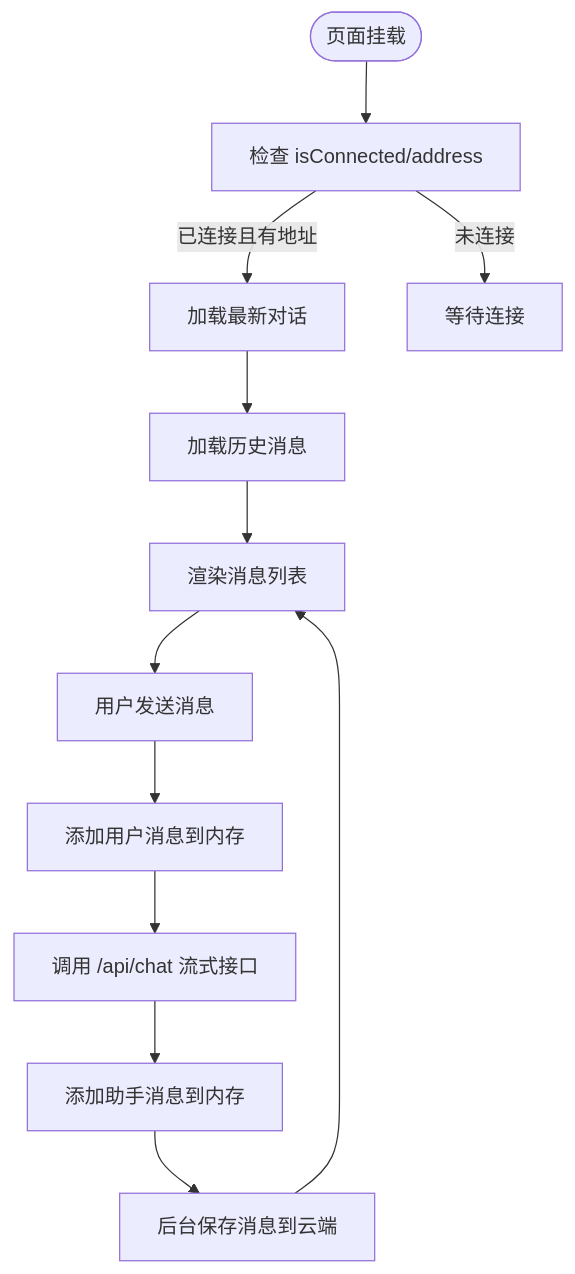
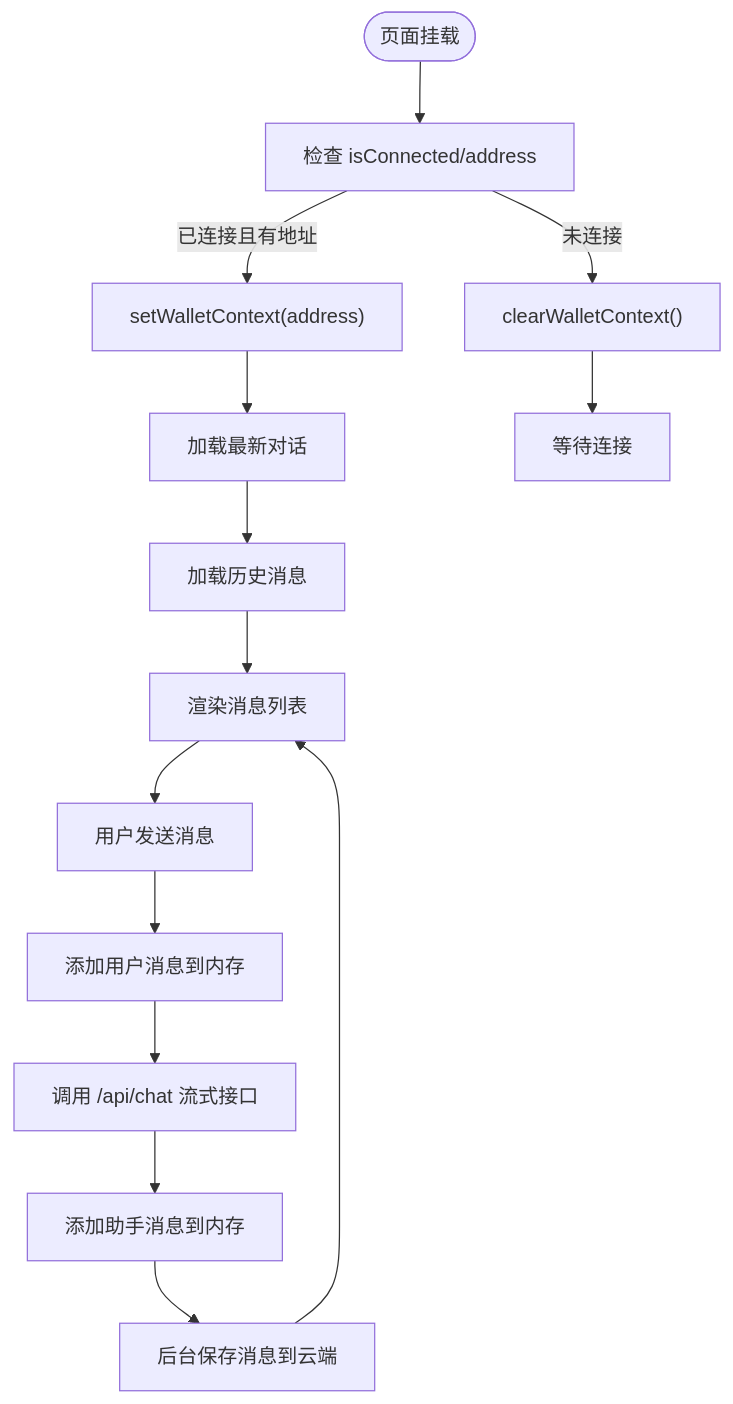
The fifth of 8 diagrams in .qoder/repowiki/zh/content/快速开始/钱包登录配置指南.md (CryptoLinxu/Web3-AI-Agent), drawn with Mermaid before and after one commit. The commit also changed other lines of this file and 3 other files, not shown here.

````diff
--- a/.qoder/repowiki/zh/content/快速开始/钱包登录配置指南.md
+++ b/.qoder/repowiki/zh/content/快速开始/钱包登录配置指南.md
@@ -200,14 +225,16 @@
 ```mermaid
 flowchart TD
 Start(["页面挂载"]) --> CheckConn["检查 isConnected/address"]
-CheckConn --> |已连接且有地址| LoadConv["加载最新对话"]
+CheckConn --> |已连接且有地址| SetContext["setWalletContext(address)"]
+SetContext --> LoadConv["加载最新对话"]
 LoadConv --> LoadMsgs["加载历史消息"]
 LoadMsgs --> Render["渲染消息列表"]
-CheckConn --> |未连接| Idle["等待连接"]
+CheckConn --> |未连接| ClearContext["clearWalletContext()"]
+ClearContext --> Idle["等待连接"]
 Render --> SendMsg["用户发送消息"]
 SendMsg --> AddUserMsg["添加用户消息到内存"]
 AddUserMsg --> CallAPI["调用 /api/chat 流式接口"]
 CallAPI --> AddAssistMsg["添加助手消息到内存"]
 AddAssistMsg --> SaveCloud["后台保存消息到云端"]
 SaveCloud --> Render
 ```
````
